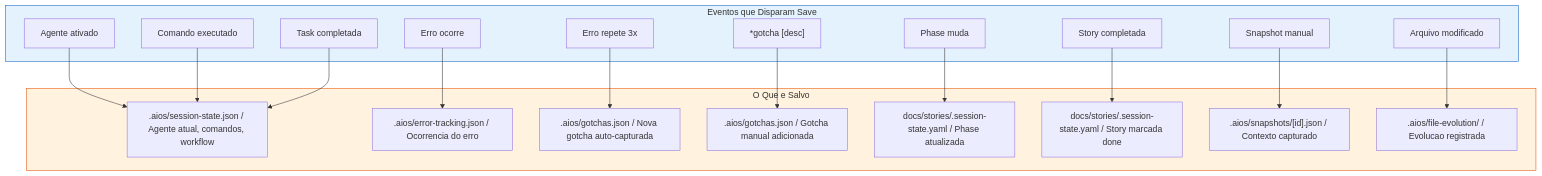
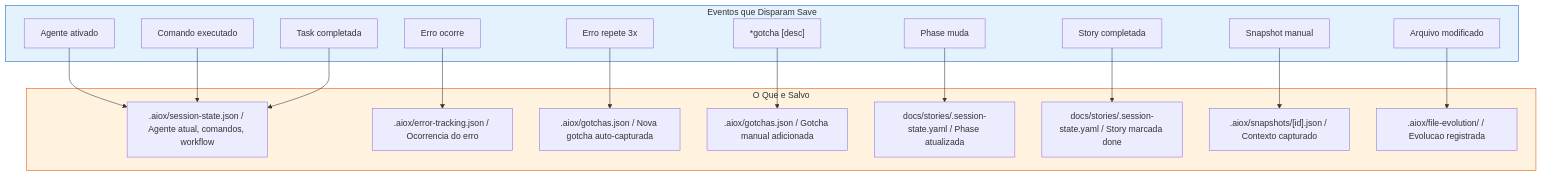
The ninth of 18 diagrams in content/en/docs/guides/MEMORY-SYSTEM.mdx (bychrisr/aios-docs), drawn with Mermaid before and after one commit. The commit also changed other lines of this file and 564 other files, not shown here.

Commit message:
chore(sync): auto-sync from aios-core 2026-03-05 [skip ci]

````diff
--- a/content/en/docs/guides/MEMORY-SYSTEM.mdx
+++ b/content/en/docs/guides/MEMORY-SYSTEM.mdx
@@ -437,40 +437,40 @@
 ```mermaid
 flowchart TD
     subgraph TRIGGERS["Eventos que Disparam Save"]
         T1["Agente ativado"]
         T2["Comando executado"]
         T3["Task completada"]
         T4["Erro ocorre"]
         T5["Erro repete 3x"]
         T6["*gotcha [desc]"]
         T7["Phase muda"]
         T8["Story completada"]
         T9["Snapshot manual"]
         T10["Arquivo modificado"]
     end
 
     subgraph SAVES["O Que e Salvo"]
-        S1[".aios/session-state.json / Agente atual, comandos, workflow"]
-        S2[".aios/error-tracking.json / Ocorrencia do erro"]
-        S3[".aios/gotchas.json / Nova gotcha auto-capturada"]
-        S4[".aios/gotchas.json / Gotcha manual adicionada"]
+        S1[".aiox/session-state.json / Agente atual, comandos, workflow"]
+        S2[".aiox/error-tracking.json / Ocorrencia do erro"]
+        S3[".aiox/gotchas.json / Nova gotcha auto-capturada"]
+        S4[".aiox/gotchas.json / Gotcha manual adicionada"]
         S5["docs/stories/.session-state.yaml / Phase atualizada"]
         S6["docs/stories/.session-state.yaml / Story marcada done"]
-        S7[".aios/snapshots/[id].json / Contexto capturado"]
-        S8[".aios/file-evolution/ / Evolucao registrada"]
+        S7[".aiox/snapshots/[id].json / Contexto capturado"]
+        S8[".aiox/file-evolution/ / Evolucao registrada"]
     end
 
     T1 --> S1
     T2 --> S1
     T3 --> S1
     T4 --> S2
     T5 --> S3
     T6 --> S4
     T7 --> S5
     T8 --> S6
     T9 --> S7
     T10 --> S8
 
     style TRIGGERS fill:#E3F2FD,stroke:#1565C0
     style SAVES fill:#FFF3E0,stroke:#E65100
 ```
````
